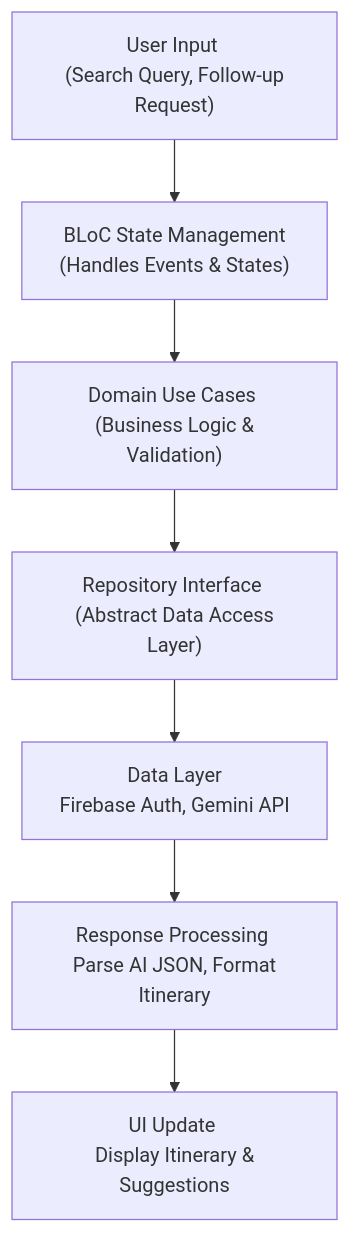
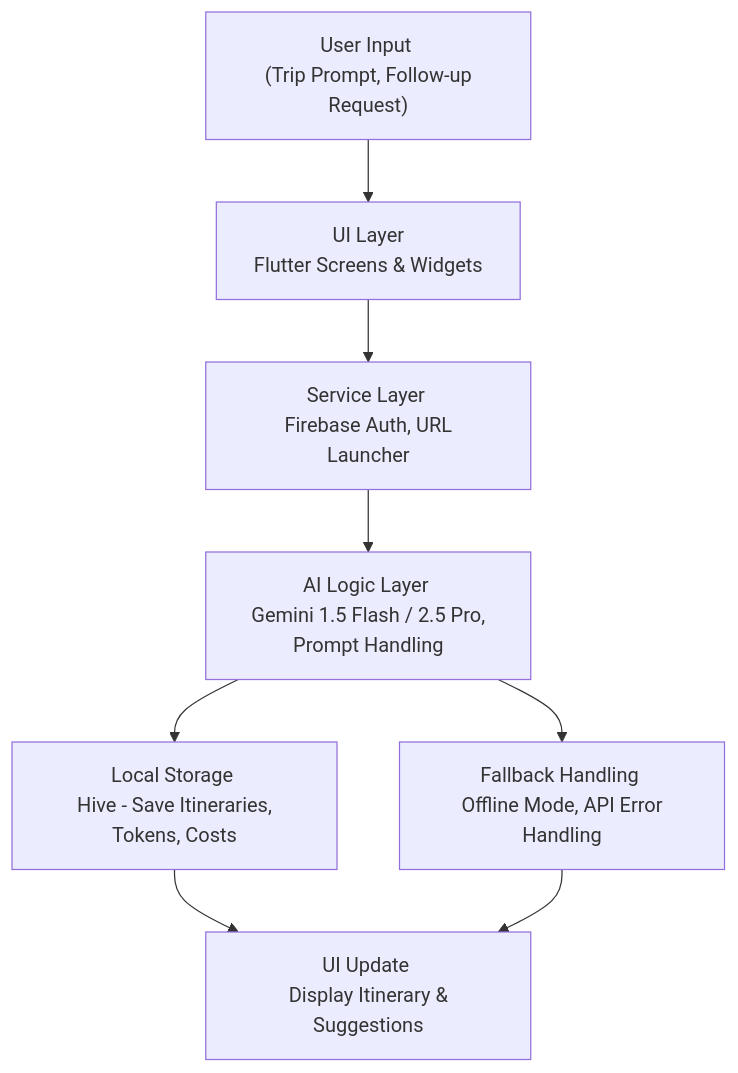
Before and after one commit to varaprasad-t/Smart-Trip-Planner: the second of 2 diagrams in README.md, drawn with Mermaid. The commit also changed other lines of this file, not shown here.

````diff
--- a/README.md
+++ b/README.md
@@ -209,15 +210,16 @@
 ```mermaid
 flowchart TD
-    A["User Input <br/> (Search Query, Follow-up Request)"] 
-      --> B["BLoC State Management <br/> (Handles Events & States)"]
+    A["User Input <br/> (Trip Prompt, Follow-up Request)"] 
+      --> B["UI Layer <br/> Flutter Screens & Widgets"]
 
-    B --> C["Domain Use Cases <br/> (Business Logic & Validation)"]
+    B --> C["Service Layer <br/> Firebase Auth, URL Launcher"]
 
-    C --> D["Repository Interface <br/> (Abstract Data Access Layer)"]
+    C --> D["AI Logic Layer <br/> Gemini 1.5 Flash / 2.5 Pro, Prompt Handling"]
 
-    D --> E["Data Layer <br/> Firebase Auth, Gemini API"]
+    D --> E["Local Storage <br/> Hive - Save Itineraries, Tokens, Costs"]
 
-    E --> F["Response Processing <br/> Parse AI JSON, Format Itinerary"]
+    D --> F["Fallback Handling <br/> Offline Mode, API Error Handling"]
 
-    F --> G["UI Update <br/> Display Itinerary & Suggestions"]
+    E --> G["UI Update <br/> Display Itinerary & Suggestions"]
+    F --> G
 ```
````
